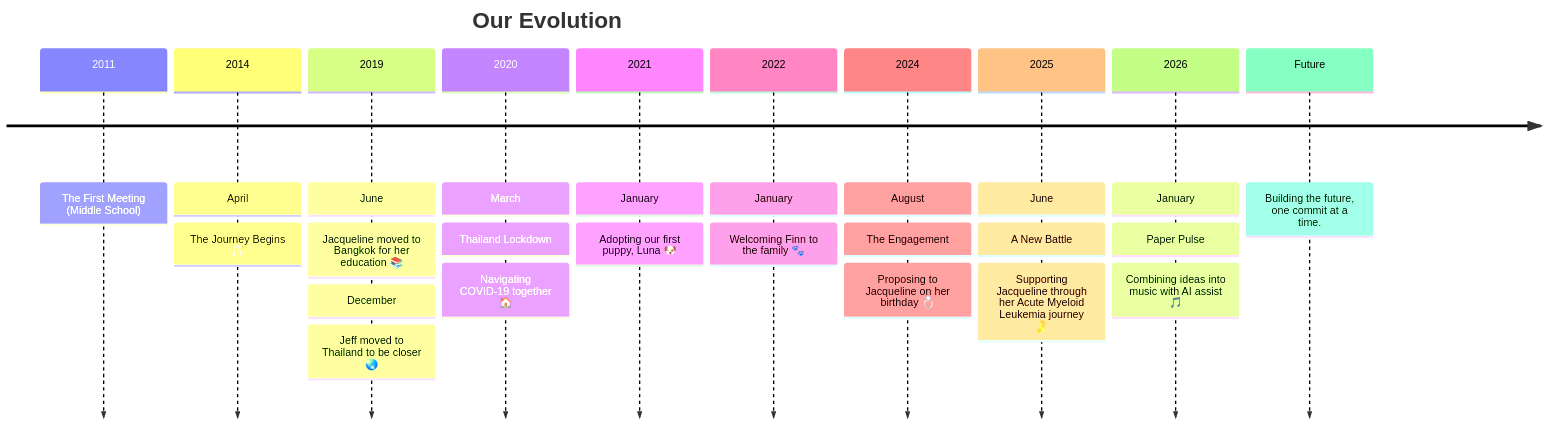
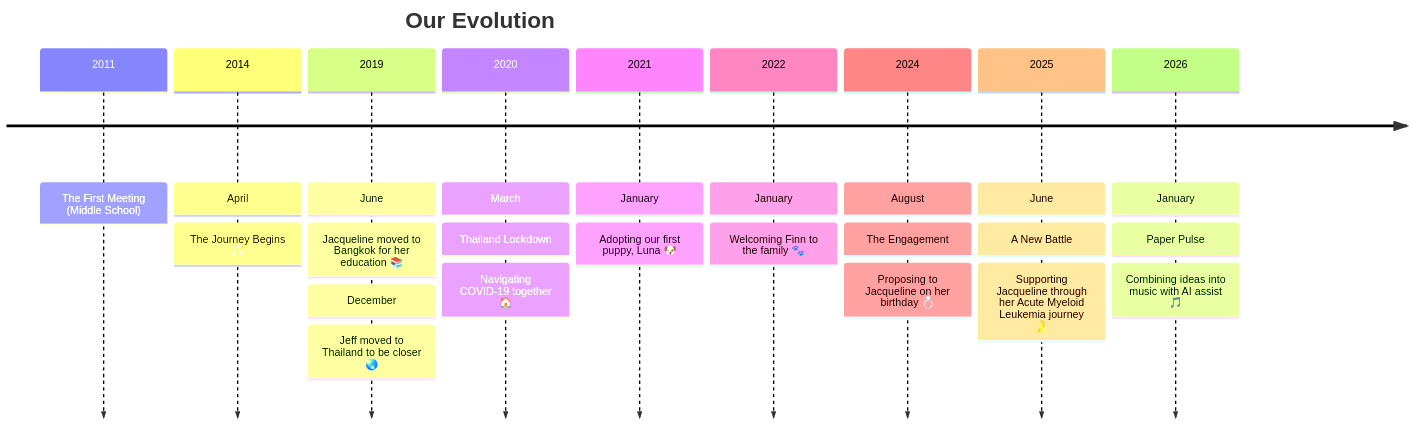
The diagram in README.md (ScarletFoundry/love-journey), drawn with Mermaid before and after one commit. The commit also changed other lines of this file and 5 other files, not shown here.

````diff
--- a/README.md
+++ b/README.md
@@ -10,14 +10,13 @@
 ```mermaid
 timeline
     title Our Evolution
     2011 : The First Meeting (Middle School)
     2014 : April: The Journey Begins 🥂
     2019 : June: Jacqueline moved to Bangkok for her education 📚 : December: Jeff moved to Thailand to be closer 🌏
     2020 : March: Thailand Lockdown: Navigating COVID-19 together 🏠
     2021 : January: Adopting our first puppy, Luna 🐶
     2022 : January: Welcoming Finn to the family 🐾
     2024 : August: The Engagement: Proposing to Jacqueline on her birthday 💍
     2025 : June: A New Battle: Supporting Jacqueline through her Acute Myeloid Leukemia journey 🎗️
     2026 : January: Paper Pulse: Combining ideas into music with AI assist 🎵
-    Future : Building the future, one commit at a time.
 ```
````
